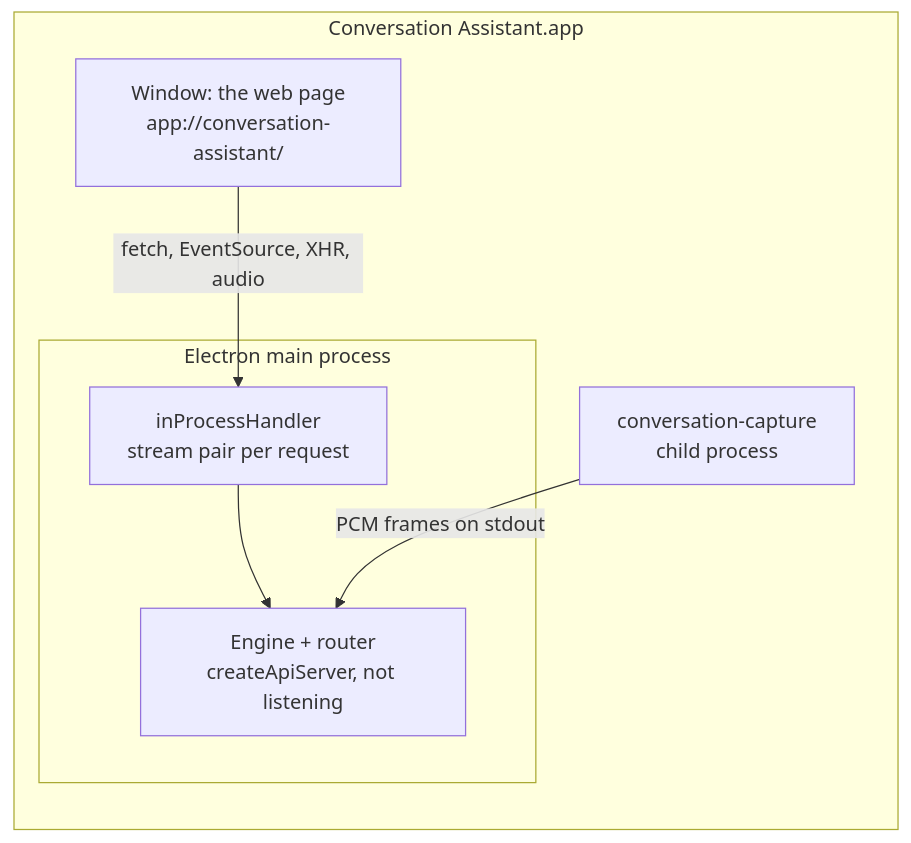
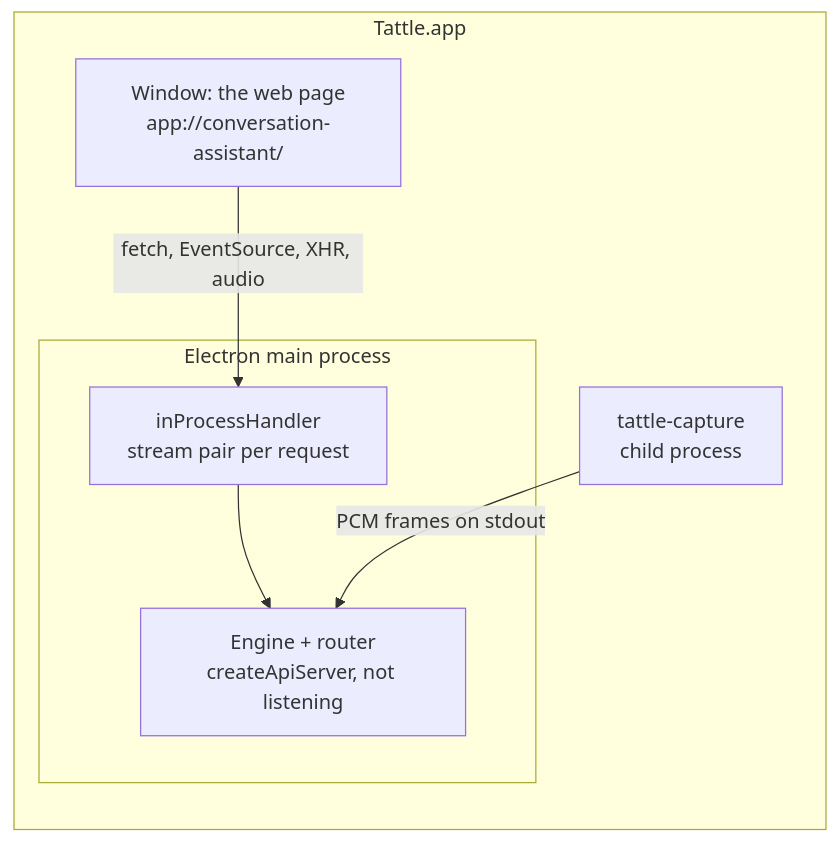
One commit to nicolasdao/conversation-assistant changed the diagram in docs/desktop.md. Above: the diagram before and after it, drawn with Mermaid. The commit also changed other lines of this file and 62 other files, not shown here.

First line of the commit message:
feat: rename the app to Tattle, moving the data folder once and keeping the identifiers permissions and updates depend on

````diff
--- a/docs/desktop.md
+++ b/docs/desktop.md
@@ -28,13 +28,13 @@
 ```mermaid
 flowchart LR
-  subgraph App[Conversation Assistant.app]
+  subgraph App[Tattle.app]
     subgraph Main[Electron main process]
       ENGINE[Engine + router<br/>createApiServer, not listening]
       BRIDGE[inProcessHandler<br/>stream pair per request]
     end
     WIN[Window: the web page<br/>app://conversation-assistant/]
-    HELPER[conversation-capture<br/>child process]
+    HELPER[tattle-capture<br/>child process]
   end
   WIN -- fetch, EventSource, XHR, audio --> BRIDGE --> ENGINE
   HELPER -- PCM frames on stdout --> ENGINE
 ```
````
